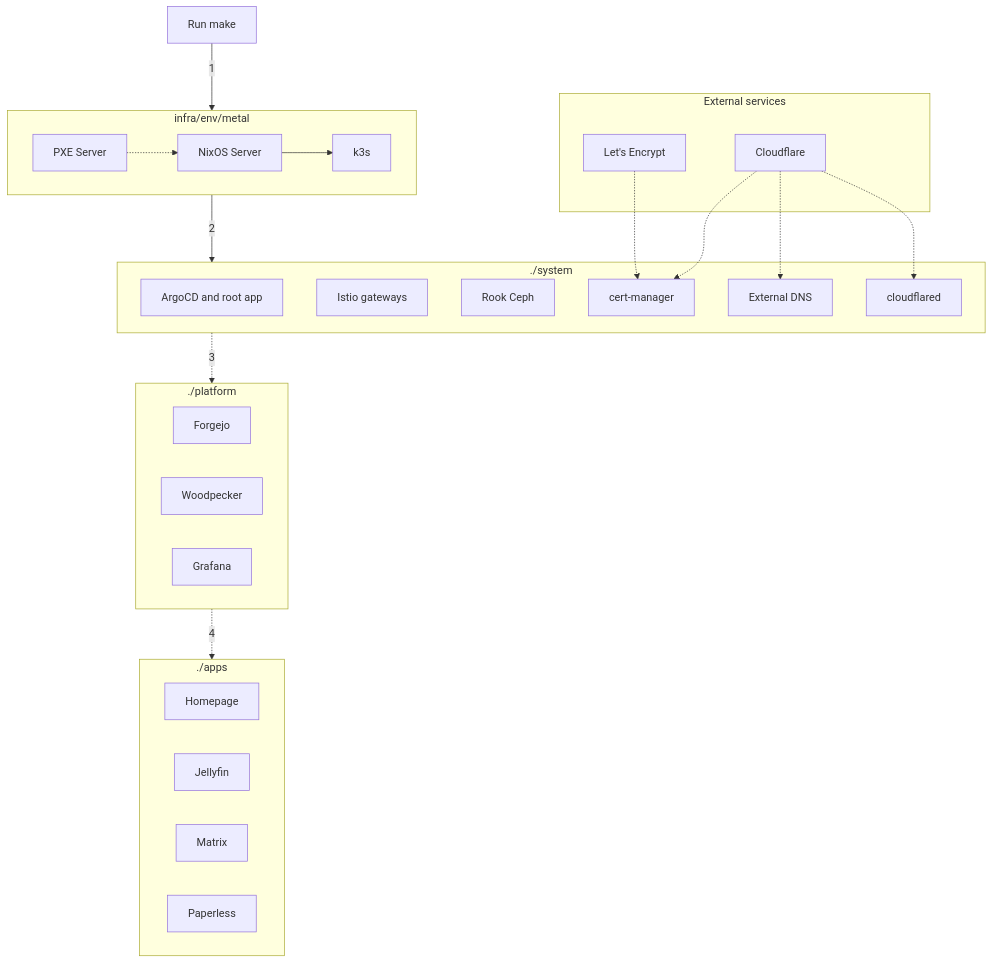
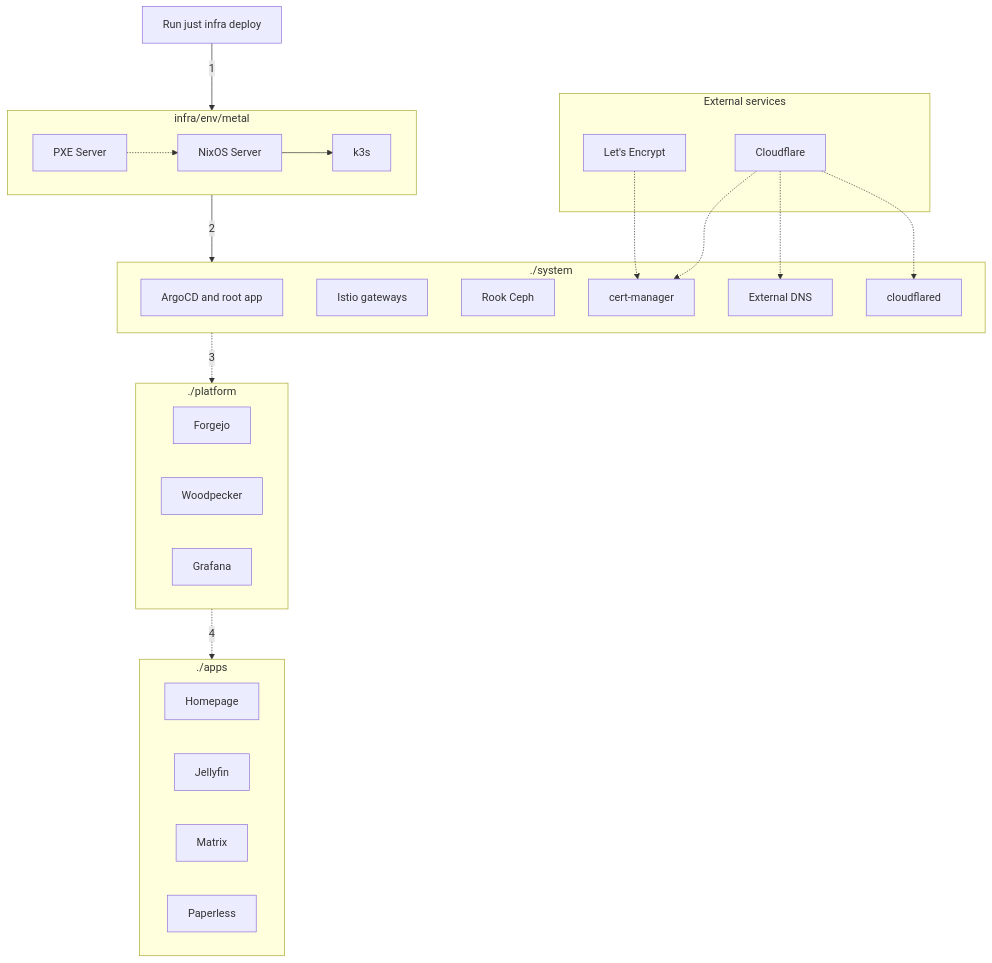
The diagram in docs/reference/architecture/overview.md (duongle-steven/homelab), drawn with Mermaid before and after one commit. The commit also changed other lines of this file and 7 other files, not shown here.

````diff
--- a/docs/reference/architecture/overview.md
+++ b/docs/reference/architecture/overview.md
@@ -48,40 +48,40 @@
 ```mermaid
 flowchart TD
   subgraph metal[infra/env/metal]
     pxe[PXE Server] -.-> linux[NixOS Server] --> k3s
   end
 
   subgraph system[./system]
     argocd[ArgoCD and root app]
     istio[Istio gateways]
     rook-ceph[Rook Ceph]
     cert-manager
     external-dns[External DNS]
     cloudflared
   end
 
   subgraph external[External services]
     letsencrypt[Let's Encrypt]
     cloudflare[Cloudflare]
   end
 
   letsencrypt -.-> cert-manager
   cloudflare -.-> cert-manager
   cloudflare -.-> external-dns
   cloudflare -.-> cloudflared
 
   subgraph platform[./platform]
     Forgejo
     Woodpecker
     Grafana
   end
 
   subgraph apps[./apps]
     homepage[Homepage]
     jellyfin[Jellyfin]
     matrix[Matrix]
     paperless[Paperless]
   end
 
-  make[Run make] -- 1 --> metal -- 2 --> system -. 3 .-> platform -. 4 .-> apps
+  just[Run just infra deploy] -- 1 --> metal -- 2 --> system -. 3 .-> platform -. 4 .-> apps
 ```
````
